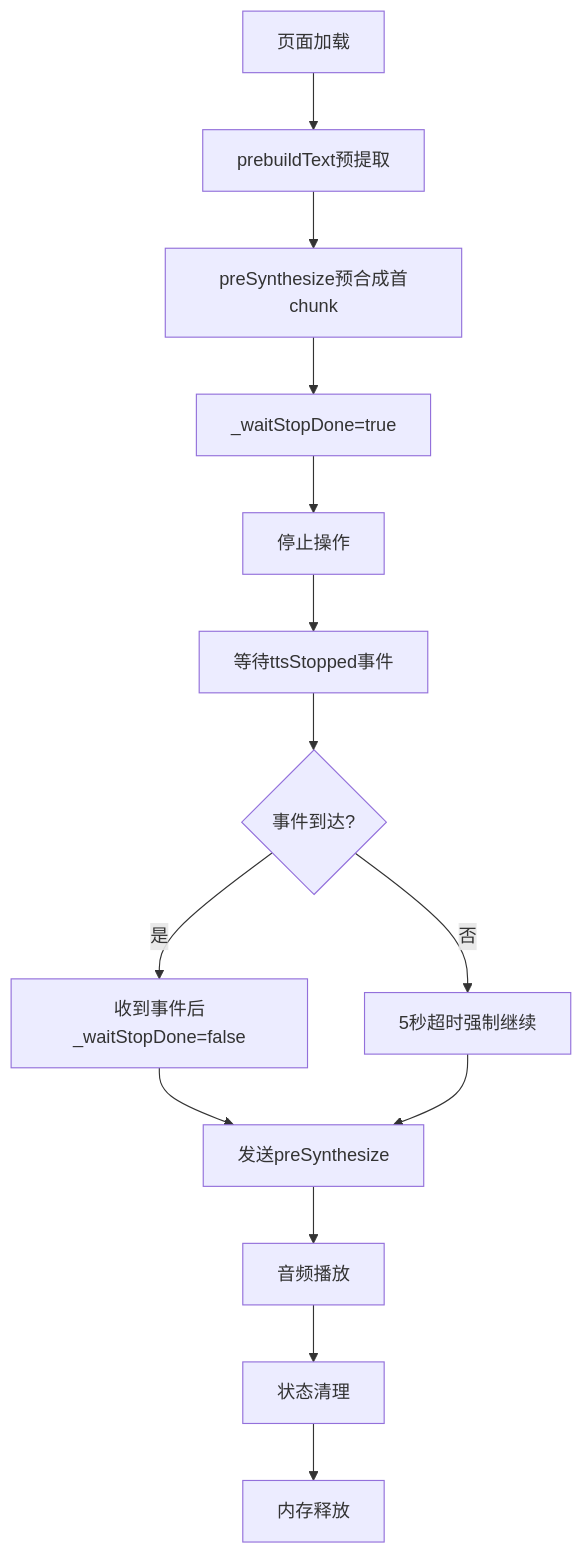
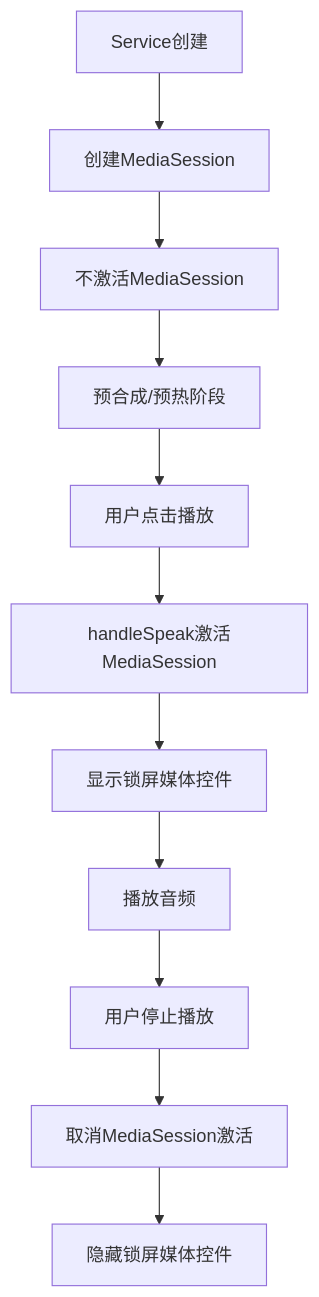
The seventh of 9 diagrams in .qoder/repowiki/zh/content/移动应用开发/TTS静态实例管理系统.md (zhao-zg/cx), drawn with Mermaid before and after one commit. The commit also changed other lines of this file and 29 other files, not shown here.

````diff
--- a/.qoder/repowiki/zh/content/移动应用开发/TTS静态实例管理系统.md
+++ b/.qoder/repowiki/zh/content/移动应用开发/TTS静态实例管理系统.md
@@ -513,16 +422,13 @@
 ```mermaid
 flowchart TD
-A[页面加载] --> B[prebuildText预提取]
-B --> C[preSynthesize预合成首chunk]
-C --> D[_waitStopDone=true]
-D --> E[停止操作]
-E --> F[等待ttsStopped事件]
-F --> G{事件到达?}
-G --> |是| H[收到事件后_waitStopDone=false]
-G --> |否| I[5秒超时强制继续]
-H --> J[发送preSynthesize]
-I --> J
-J --> K[音频播放]
-K --> L[状态清理]
-L --> M[内存释放]
+A[Service创建] --> B[创建MediaSession]
+B --> C[不激活MediaSession]
+C --> D[预合成/预热阶段]
+D --> E[用户点击播放]
+E --> F[handleSpeak激活MediaSession]
+F --> G[显示锁屏媒体控件]
+G --> H[播放音频]
+H --> I[用户停止播放]
+I --> J[取消MediaSession激活]
+J --> K[隐藏锁屏媒体控件]
 ```
````
